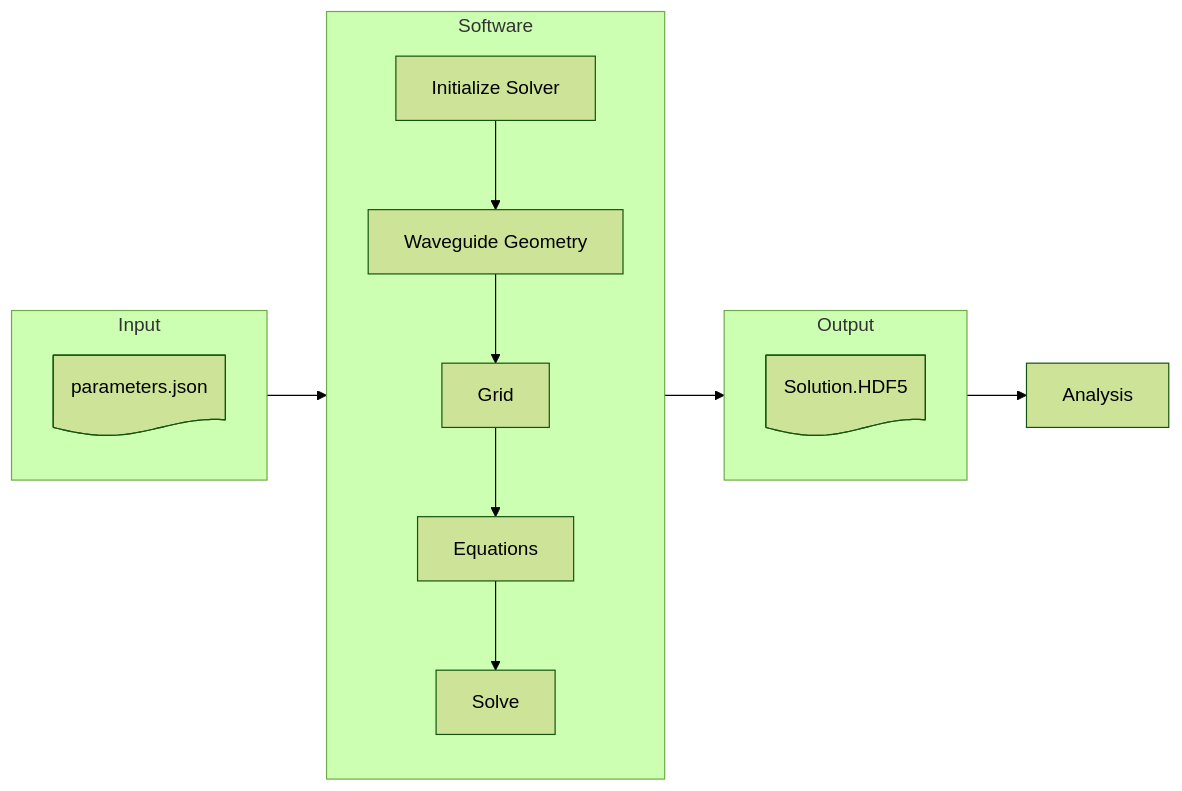
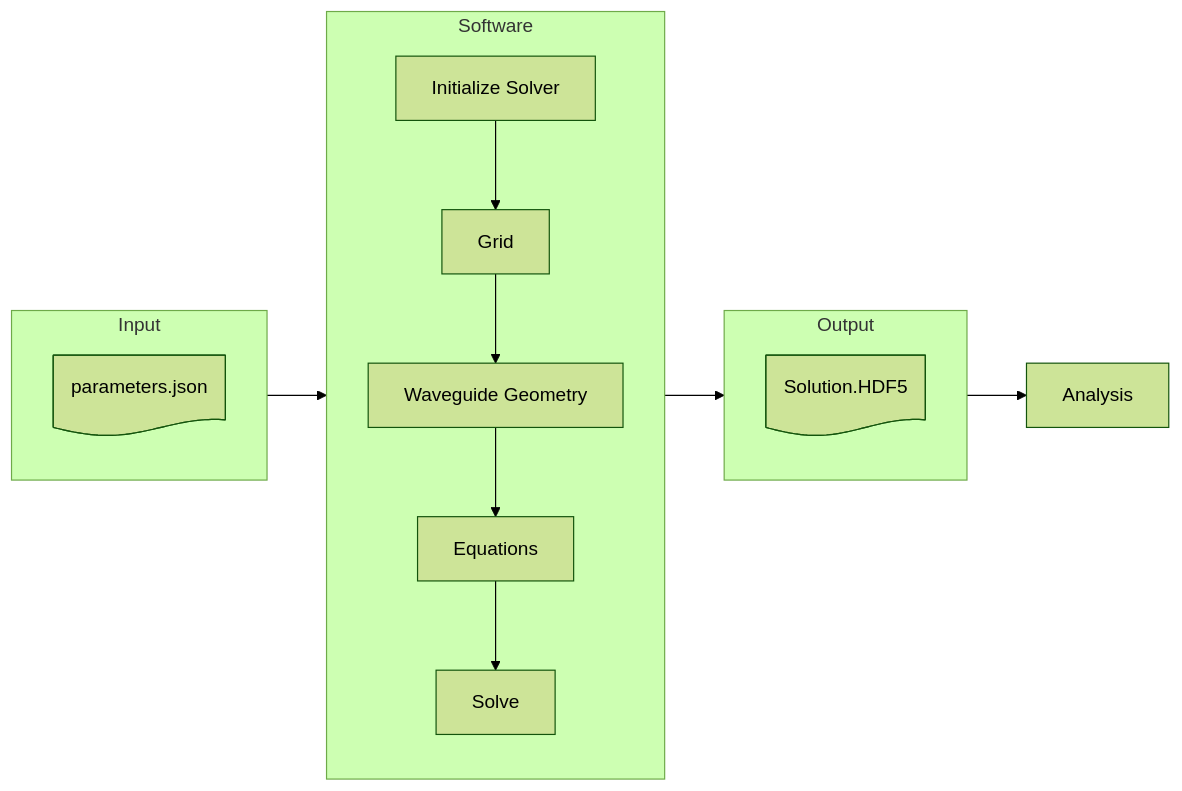
Before and after one commit to robertoarcanjo/Photonics: the diagram in README.md, drawn with Mermaid (forest theme). The commit also changed 4 other files, not shown here.

````diff
--- a/README.md
+++ b/README.md
@@ -15,21 +15,21 @@
 ```mermaid
 flowchart LR
     subgraph Input
         direction TB
         param@{ shape: doc, label: "parameters.json" }
     end
     param --> Software
     subgraph Software
         direction TB
-        A[Initialize Solver] --> B[Waveguide Geometry]
-        B --> C[Grid]
+        A[Initialize Solver] --> B[Grid]
+        B --> C[Waveguide Geometry]
         C --> D[Equations]
         D --> E[Solve]
     end
     F[Analysis]
     subgraph Output
         out@{ shape: doc, label: "Solution.HDF5" }
     end
     Software --> Output
     Output --> F
 ```
````
